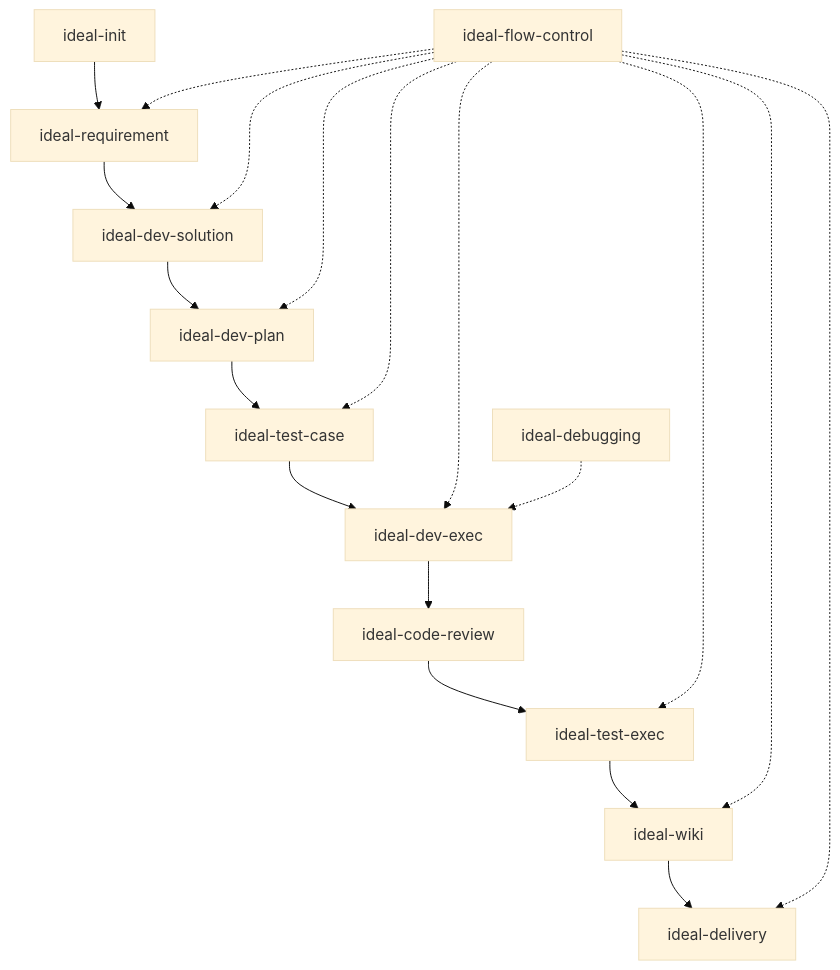
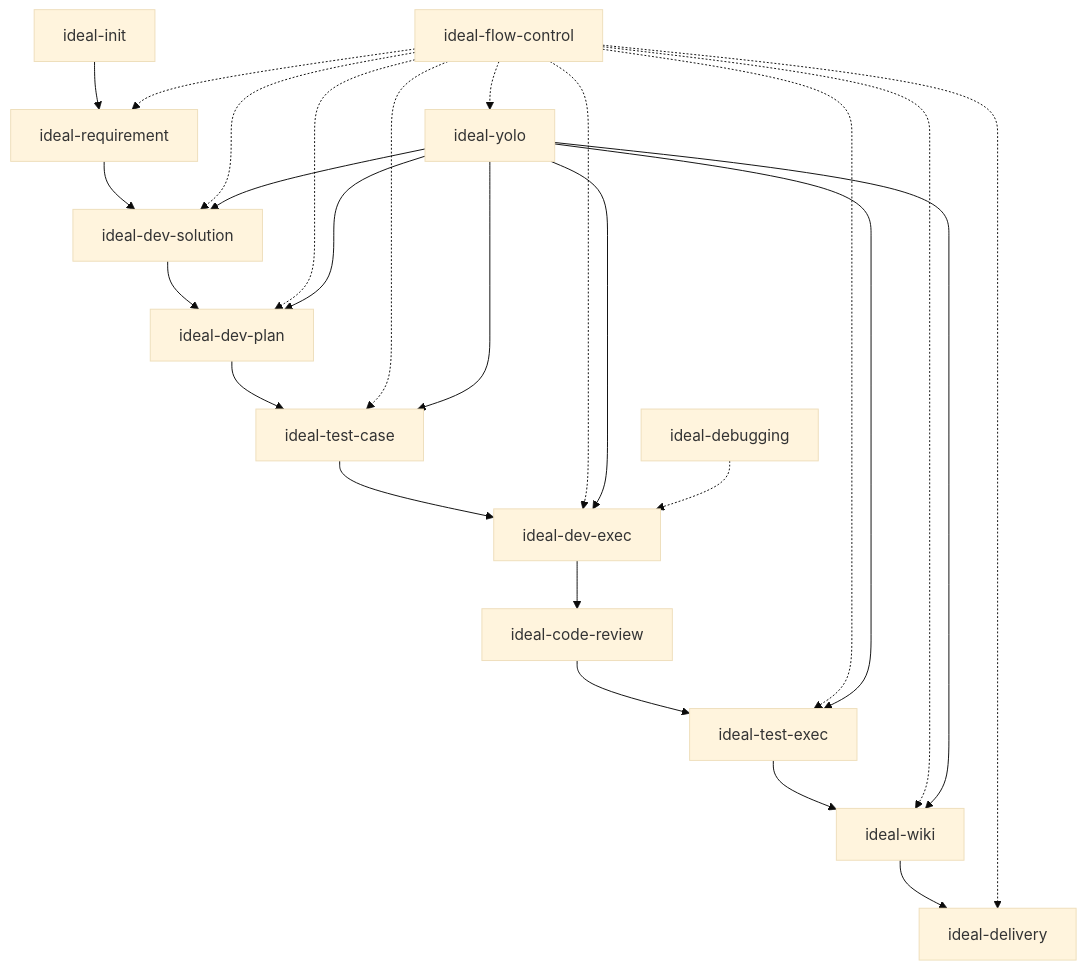
Before and after one commit to MTleen/cc-workflow: the diagram in docs/Wiki/开发指南/Skills 索引.md, drawn with Mermaid (base theme). The commit also changed other lines of this file and 5 other files, not shown here.

````diff
--- a/docs/Wiki/开发指南/Skills 索引.md
+++ b/docs/Wiki/开发指南/Skills 索引.md
@@ -48,23 +50,31 @@
 ```mermaid
 flowchart TB
     INIT[ideal-init] --> REQ[ideal-requirement]
     REQ --> SOL[ideal-dev-solution]
     SOL --> PLAN[ideal-dev-plan]
     PLAN --> TC[ideal-test-case]
     TC --> EXEC[ideal-dev-exec]
     EXEC --> CR[ideal-code-review]
     CR --> TE[ideal-test-exec]
     TE --> WIKI[ideal-wiki]
     WIKI --> DELIVERY[ideal-delivery]
 
     FLOW[ideal-flow-control] -.-> REQ
     FLOW -.-> SOL
     FLOW -.-> PLAN
     FLOW -.-> TC
     FLOW -.-> EXEC
     FLOW -.-> TE
     FLOW -.-> WIKI
     FLOW -.-> DELIVERY
+    FLOW -.-> YOLO
+
+    YOLO[ideal-yolo] --> SOL
+    YOLO --> PLAN
+    YOLO --> TC
+    YOLO --> EXEC
+    YOLO --> TE
+    YOLO --> WIKI
 
     DEBUG[ideal-debugging] -.-> EXEC
 ```
````
